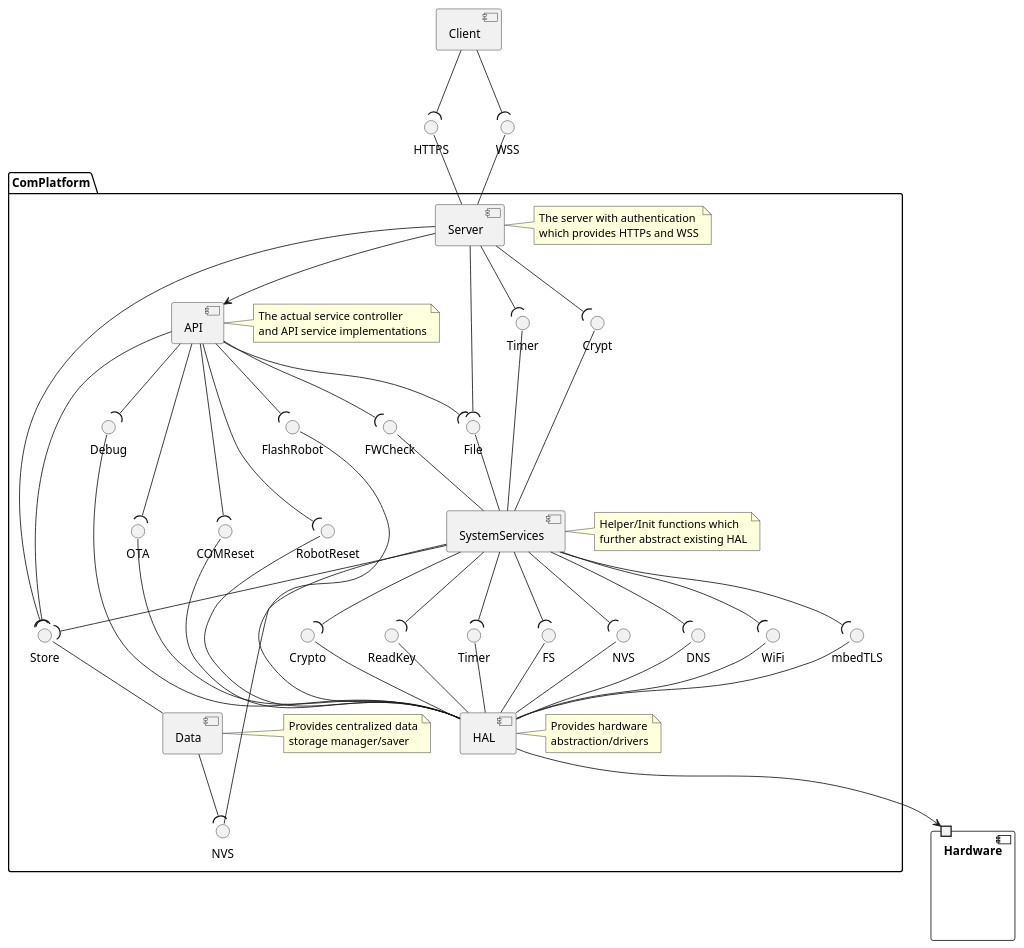
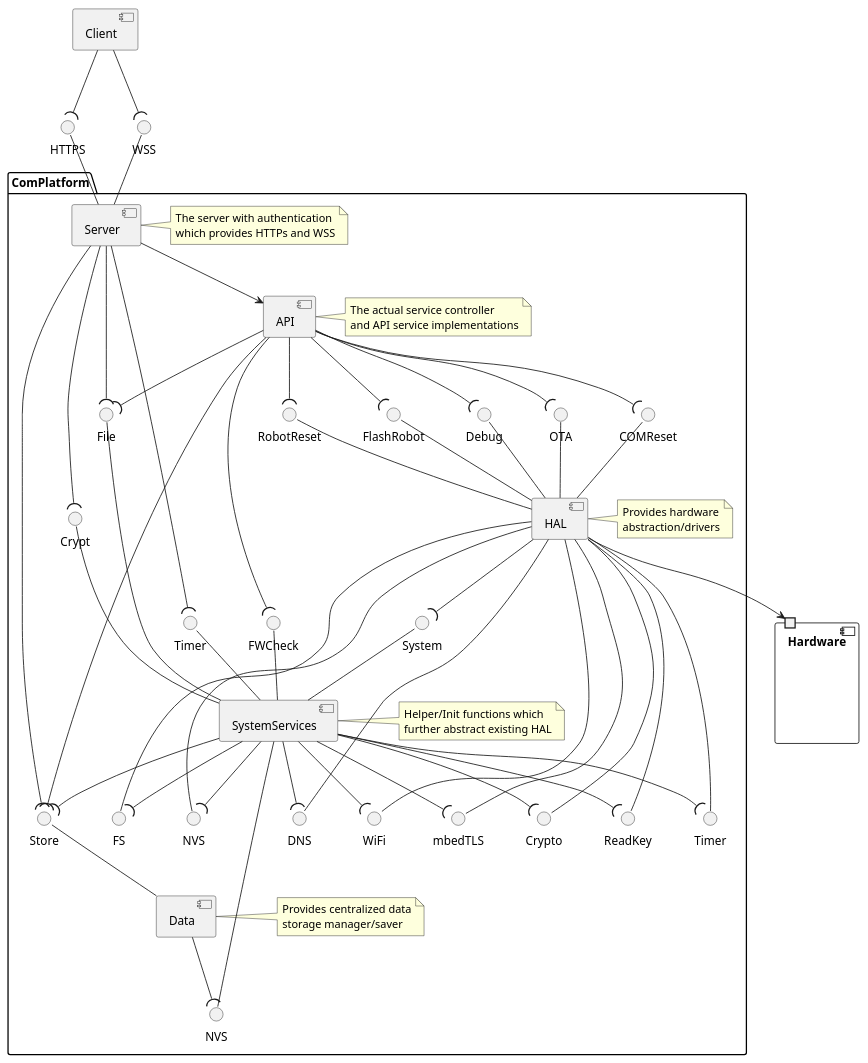
Before and after one commit to NewTec-GmbH/ZumoComSystem: the diagram in doc/architecture/server/01_Server_Logical_ARCH.plantuml, drawn with PlantUML. The commit also changed 7 other files, not shown here.

```diff
--- a/doc/architecture/server/01_Server_Logical_ARCH.plantuml
+++ b/doc/architecture/server/01_Server_Logical_ARCH.plantuml
@@ -1,107 +1,110 @@
 @startuml
 interface "WSS" as WSS
 interface "HTTPS" as HTTPS
 
 component "Client" as client {
     client -down-(WSS
     client -down-(HTTPS
 }
 
 component "Hardware" as hardware {
     port " " as hardwareport
 }
 
 package ComPlatform {
     interface "NVS" as nvshalinterface
     interface "Debug" as Debug
     interface "FlashRobot" as FlashRobot
     interface "RobotReset" as RobotReset
     interface "COMReset" as ComReset
     interface "ReadKey" as ReadKey
     interface "Crypto" as Crypto
     interface "mbedTLS" as mbedtls
     interface "WiFi" as WiFi
     interface "DNS" as DNS
     interface "FS" as FS
     interface "OTA" as ota
     interface "Timer" as timer
 
+    interface "System" as System
+
     component "HAL" as hal {
         hal -up- Debug
         hal -up- FlashRobot
         hal -up- RobotReset
         hal -up- ComReset
         hal -up- ReadKey
         hal -up- Crypto
         hal -up- mbedtls
         hal -up- WiFi
         hal -up- DNS
         hal -up- nvshalinterface
         hal -up- FS
         hal -up- ota
         hal -up- timer
 
         hal -down-> hardwareport
+        hal -down-( System
     }
     note right of hal : Provides hardware\nabstraction/drivers
 
     interface "FWCheck" as FWCheck
     interface "File" as File
     interface "Crypt" as Crypt
     interface "NVS" as nvs
     interface "Timer" as Timer
-
     interface "Store" as Store
 
     component "Data" as data {
         data -up- Store
 
         data -down-(nvs
     }
     note right of data : Provides centralized data\nstorage manager/saver
 
     component "API" as api {
         api -down-(File
         api -down-(ota
         api -down-(Store
         api -down-(FWCheck
         api -down-(ComReset
         api -down-(Debug
         api -down-(RobotReset
         api -down-(FlashRobot
     }
     note right of api : The actual service controller\nand API service implementations
 
     component "Server" as server {
         server -up- WSS
         server -up- HTTPS
 
         server -down-(File
         server -down-(Store
         server -down-(Crypt
         server -down-(Timer
 
         server --> api
     }
     note right of server : The server with authentication\nwhich provides HTTPs and WSS
 
     component "SystemServices" as systemservices {
         systemservices -up- FWCheck
         systemservices -up- File
         systemservices -up- Crypt
         systemservices -up- nvs
         systemservices -up- Timer
+        systemservices -up- System
 
         systemservices -down-(ReadKey
         systemservices -down-(Crypto
         systemservices -down-(mbedtls
         systemservices -down-(FS
         systemservices -down-(WiFi
         systemservices -down-(DNS
         systemservices -down-(nvshalinterface
         systemservices -down-(Store
         systemservices -down-(timer
     }
     note right of systemservices : Helper/Init functions which\nfurther abstract existing HAL
 }
 @enduml
```
